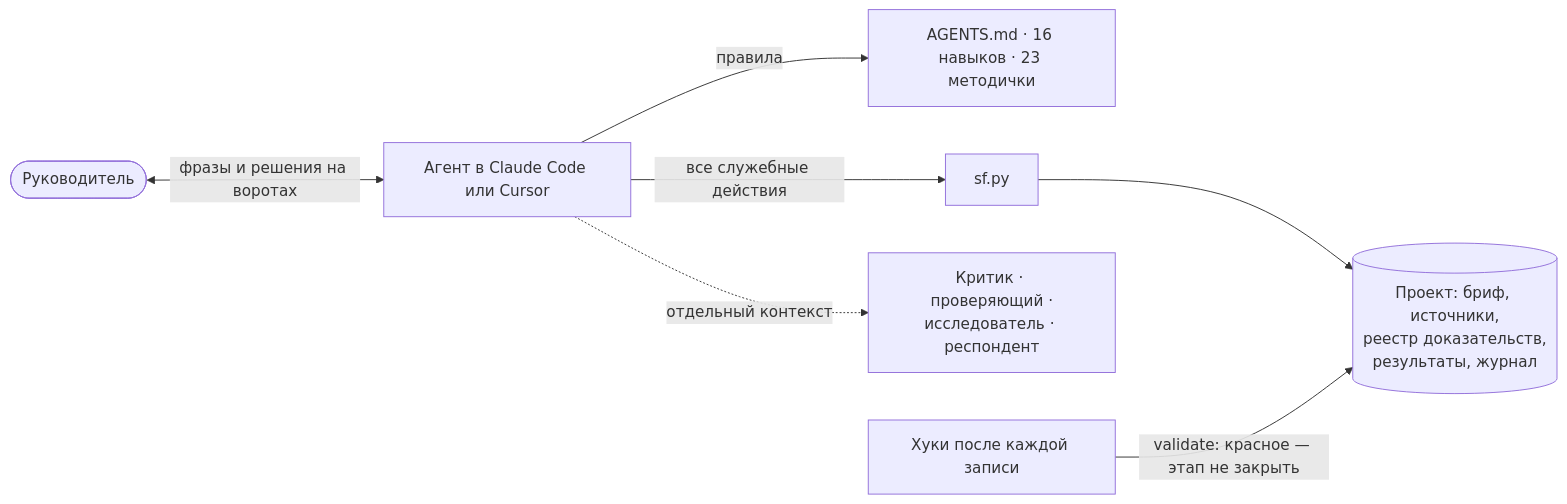
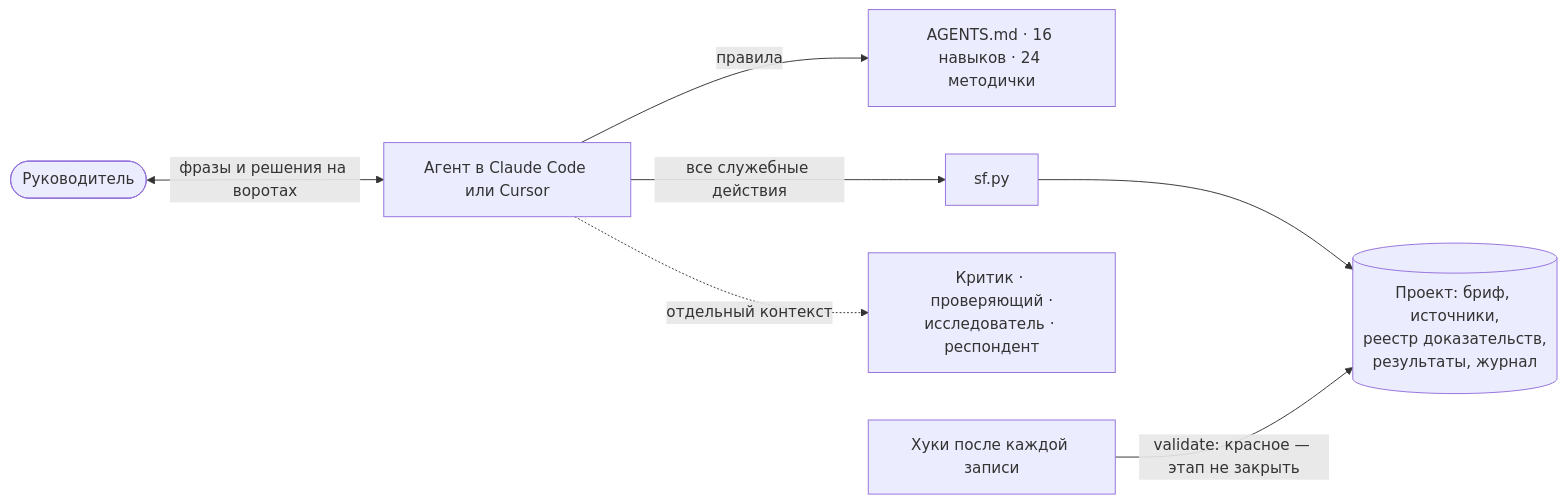
Before and after one commit to marrxse/product-factory-strategist: the diagram in README.md, drawn with Mermaid. The commit also changed other lines of this file and 43 other files, not shown here.

````diff
--- a/README.md
+++ b/README.md
@@ -101,9 +101,9 @@
 ```mermaid
 flowchart LR
     H([Руководитель]) <-->|фразы и решения на воротах| A[Агент в Claude Code или Cursor]
-    A -->|правила| R[AGENTS.md · 16 навыков · 23 методички]
+    A -->|правила| R[AGENTS.md · 16 навыков · 24 методички]
     A -->|все служебные действия| S[sf.py]
     S --> P[(Проект: бриф, источники,<br/>реестр доказательств,<br/>результаты, журнал)]
     A -.->|отдельный контекст| C[Критик · проверяющий ·<br/>исследователь · респондент]
     K[Хуки после каждой записи] -->|validate: красное — этап не закрыть| P
 ```
````
